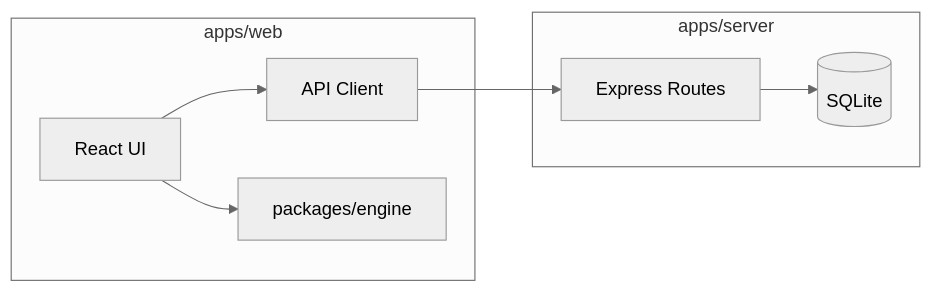
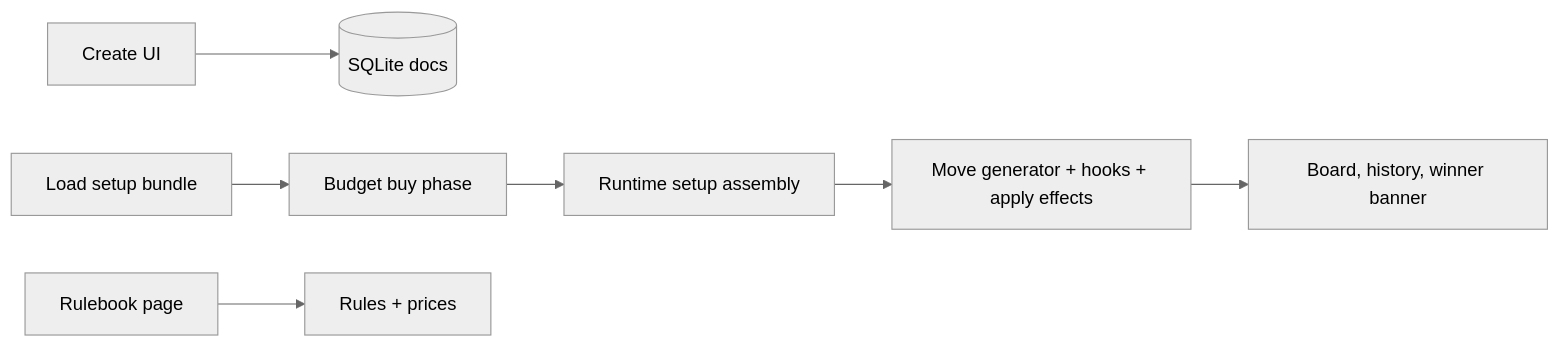
Before and after one commit to sevakuksin/epistemate: the diagram in ARCHITECTURE.md, drawn with Mermaid (neutral theme). The commit also changed other lines of this file and 21 other files, not shown here.

````diff
--- a/ARCHITECTURE.md
+++ b/ARCHITECTURE.md
@@ -31,18 +18,9 @@
 ```mermaid
 flowchart LR
-  subgraph web [apps/web]
-    ui[React UI]
-    apiClient[API Client]
-    engine[packages/engine]
-    ui --> apiClient
-    ui --> engine
-  end
-
-  subgraph server [apps/server]
-    routes[Express Routes]
-    sqlite[(SQLite)]
-    routes --> sqlite
-  end
-
-  apiClient --> routes
+  CreateUI[Create UI] --> ServerDocs[(SQLite docs)]
+  HotSeatLoad[Load setup bundle] --> BudgetPhase[Budget buy phase]
+  BudgetPhase --> RuntimeSetup[Runtime setup assembly]
+  RuntimeSetup --> Engine[Move generator + hooks + apply effects]
+  Engine --> HotSeatUI[Board, history, winner banner]
+  Rulebook[Rulebook page] --> UserHelp[Rules + prices]
 ```
````
